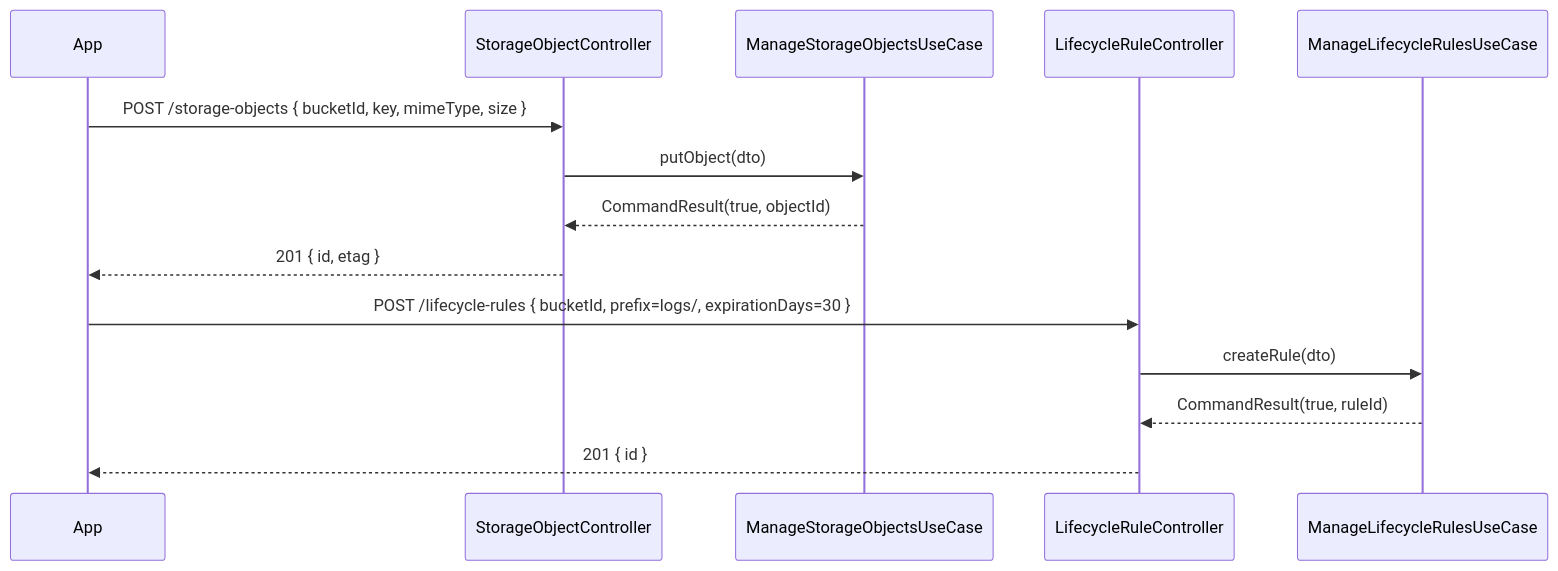
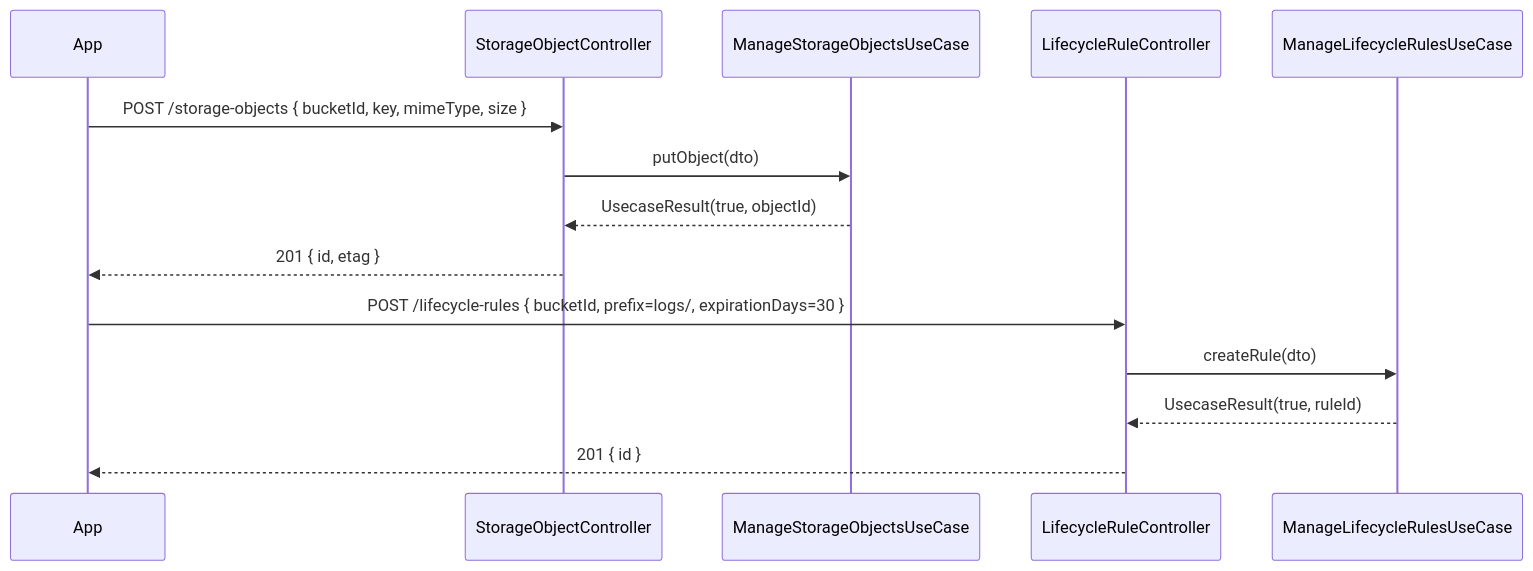
The third of 3 diagrams in object-store/UML.md (UIMSolutions/uim-platform), drawn with Mermaid before and after one commit. The commit also changed 907 other files, not shown here.

Commit message:
Rename CommandResult

````diff
--- a/object-store/UML.md
+++ b/object-store/UML.md
@@ -131,18 +131,18 @@
 ```mermaid
 sequenceDiagram
     participant App
     participant OC as StorageObjectController
     participant OUC as ManageStorageObjectsUseCase
     participant LC as LifecycleRuleController
     participant LUC as ManageLifecycleRulesUseCase
 
     App->>OC: POST /storage-objects { bucketId, key, mimeType, size }
     OC->>OUC: putObject(dto)
-    OUC-->>OC: CommandResult(true, objectId)
+    OUC-->>OC: UsecaseResult(true, objectId)
     OC-->>App: 201 { id, etag }
 
     App->>LC: POST /lifecycle-rules { bucketId, prefix=logs/, expirationDays=30 }
     LC->>LUC: createRule(dto)
-    LUC-->>LC: CommandResult(true, ruleId)
+    LUC-->>LC: UsecaseResult(true, ruleId)
     LC-->>App: 201 { id }
 ```
````
